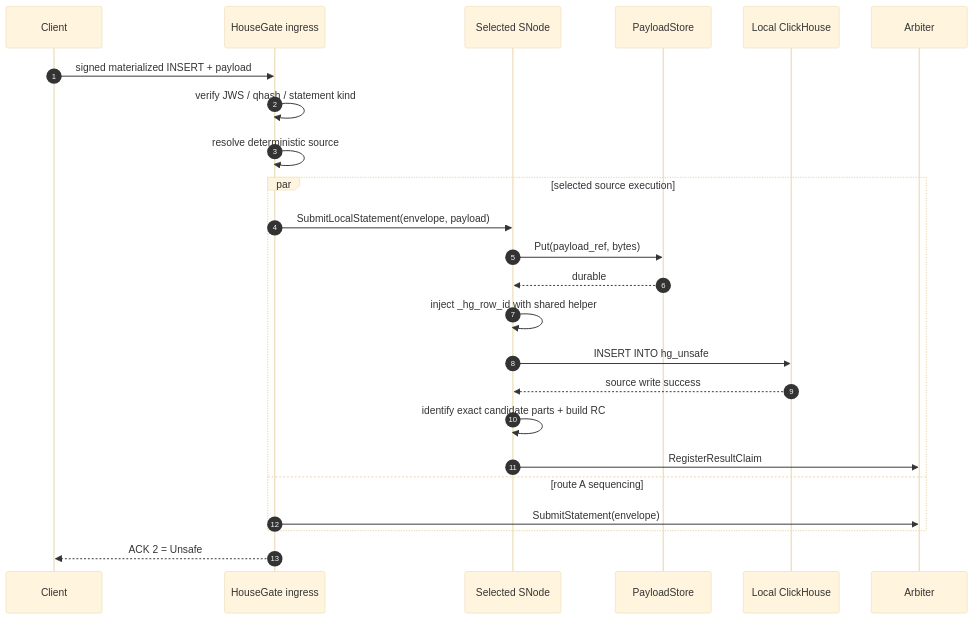
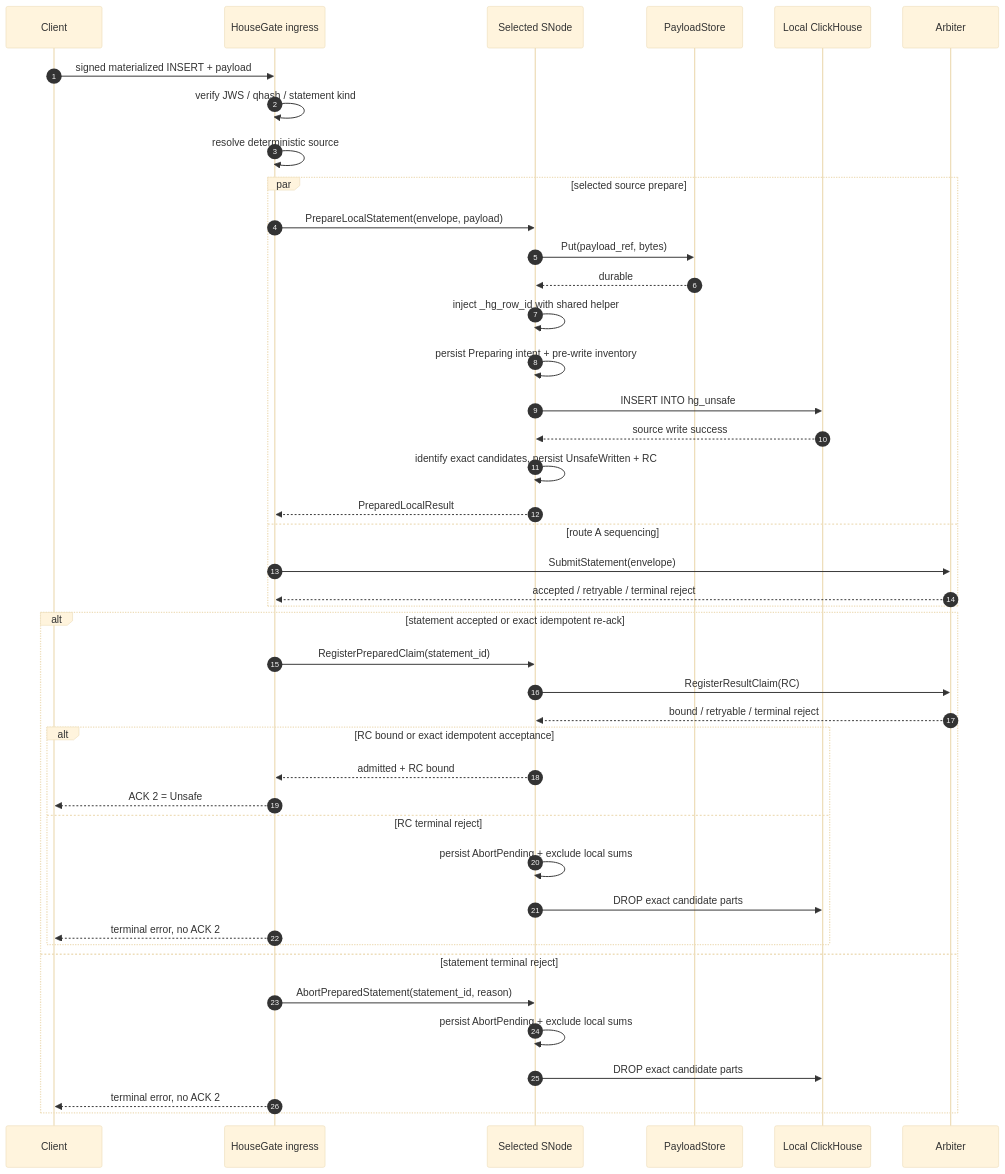
The second of 4 diagrams in docs/superpowers/specs/2026-07-01-sentio-sequencer-storage-integrity-insert-bounded-update-delete-design.zh-CN.md (housegate/housegate), drawn with Mermaid (base theme) before and after one commit. The commit also changed other lines of this file, not shown here.

Commit message:
docs: harden ingress recovery and restore mutation flow

````diff
--- a/docs/superpowers/specs/2026-07-01-sentio-sequencer-storage-integrity-insert-bounded-update-delete-design.zh-CN.md
+++ b/docs/superpowers/specs/2026-07-01-sentio-sequencer-storage-integrity-insert-bounded-update-delete-design.zh-CN.md
@@ -77,27 +77,46 @@
 ```mermaid
 sequenceDiagram
   autonumber
   participant C as Client
   participant HG as HouseGate ingress
   participant SN as Selected SNode
   participant PS as PayloadStore
   participant CH as Local ClickHouse
   participant A as Arbiter
 
   C->>HG: signed materialized INSERT + payload
   HG->>HG: verify JWS / qhash / statement kind
   HG->>HG: resolve deterministic source
-  par selected source execution
-    HG->>SN: SubmitLocalStatement(envelope, payload)
+  par selected source prepare
+    HG->>SN: PrepareLocalStatement(envelope, payload)
     SN->>PS: Put(payload_ref, bytes)
     PS-->>SN: durable
     SN->>SN: inject _hg_row_id with shared helper
+    SN->>SN: persist Preparing intent + pre-write inventory
     SN->>CH: INSERT INTO hg_unsafe
     CH-->>SN: source write success
-    SN->>SN: identify exact candidate parts + build RC
-    SN->>A: RegisterResultClaim
+    SN->>SN: identify exact candidates, persist UnsafeWritten + RC
+    SN-->>HG: PreparedLocalResult
   and route A sequencing
     HG->>A: SubmitStatement(envelope)
+    A-->>HG: accepted / retryable / terminal reject
   end
-  HG-->>C: ACK 2 = Unsafe
+  alt statement accepted or exact idempotent re-ack
+    HG->>SN: RegisterPreparedClaim(statement_id)
+    SN->>A: RegisterResultClaim(RC)
+    A-->>SN: bound / retryable / terminal reject
+    alt RC bound or exact idempotent acceptance
+      SN-->>HG: admitted + RC bound
+      HG-->>C: ACK 2 = Unsafe
+    else RC terminal reject
+      SN->>SN: persist AbortPending + exclude local sums
+      SN->>CH: DROP exact candidate parts
+      HG-->>C: terminal error, no ACK 2
+    end
+  else statement terminal reject
+    HG->>SN: AbortPreparedStatement(statement_id, reason)
+    SN->>SN: persist AbortPending + exclude local sums
+    SN->>CH: DROP exact candidate parts
+    HG-->>C: terminal error, no ACK 2
+  end
 ```
````
